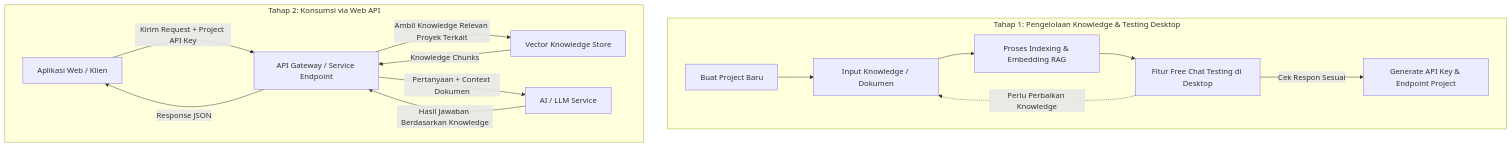
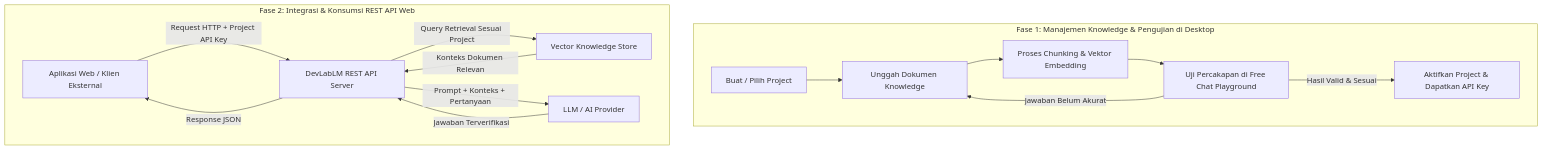
Before and after one commit to RP-Guruh/multiple-rag-project: the diagram in README.md, drawn with Mermaid. The commit also changed other lines of this file and 6 other files, not shown here.

Commit message:
Update README with detailed architecture and documentation, and update UI layout

````diff
--- a/README.md
+++ b/README.md
@@ -23,19 +38,19 @@
 ```mermaid
 flowchart TD
-    subgraph Tahap 1: Pengelolaan Knowledge & Testing Desktop
-        A[Buat Project Baru] --> B[Input Knowledge / Dokumen]
-        B --> C[Proses Indexing & Embedding RAG]
-        C --> D[Fitur Free Chat Testing di Desktop]
-        D -->|Cek Respon Sesuai| E[Generate API Key & Endpoint Project]
-        D -.->|Perlu Perbaikan Knowledge| B
+    subgraph Fase 1: Manajemen Knowledge & Pengujian di Desktop
+        A[Buat / Pilih Project] --> B[Unggah Dokumen Knowledge]
+        B --> C[Proses Chunking & Vektor Embedding]
+        C --> D[Uji Percakapan di Free Chat Playground]
+        D -->|Jawaban Belum Akurat| B
+        D -->|Hasil Valid & Sesuai| E[Aktifkan Project & Dapatkan API Key]
     end
 
-    subgraph Tahap 2: Konsumsi via Web API
-        F[Aplikasi Web / Klien] -->|Kirim Request + Project API Key| G[API Gateway / Service Endpoint]
-        G -->|Ambil Knowledge Relevan Proyek Terkait| H[Vector Knowledge Store]
-        H -->|Knowledge Chunks| G
-        G -->|Pertanyaan + Context Dokumen| I[AI / LLM Service]
-        I -->|Hasil Jawaban Berdasarkan Knowledge| G
+    subgraph Fase 2: Integrasi & Konsumsi REST API Web
+        F[Aplikasi Web / Klien Eksternal] -->|Request HTTP + Project API Key| G[DevLabLM REST API Server]
+        G -->|Query Retrieval Sesuai Project| H[Vector Knowledge Store]
+        H -->|Konteks Dokumen Relevan| G
+        G -->|Prompt + Konteks + Pertanyaan| I[LLM / AI Provider]
+        I -->|Jawaban Terverifikasi| G
         G -->|Response JSON| F
     end
 ```
````
